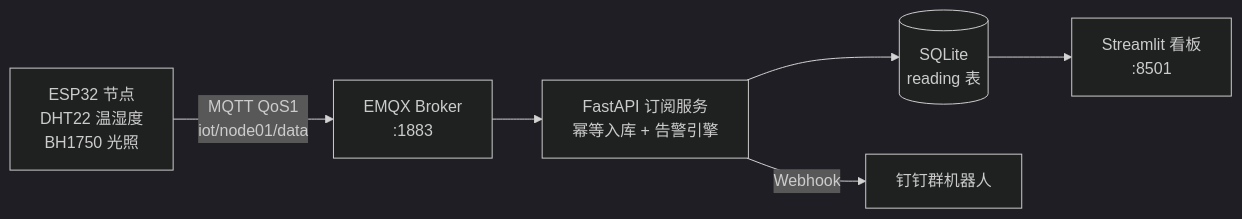
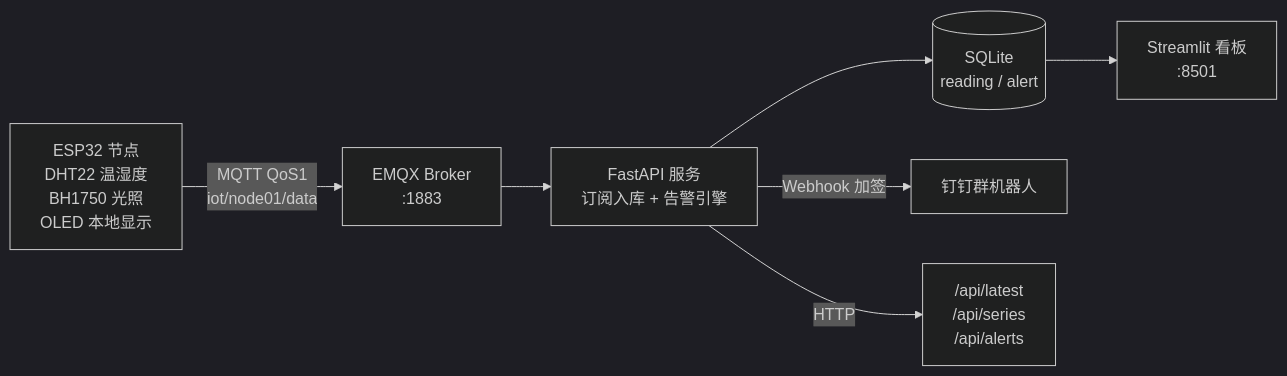
Before and after one commit to wanghongfei-A/env-monitor: the diagram in README.md, drawn with Mermaid (dark theme). The commit also changed other lines of this file, not shown here.

````diff
--- a/README.md
+++ b/README.md
@@ -13,8 +28,9 @@
 ```mermaid
 flowchart LR
-    N["ESP32 节点<br/>DHT22 温湿度<br/>BH1750 光照"] -->|"MQTT QoS1<br/>iot/node01/data"| B["EMQX Broker<br/>:1883"]
-    B --> S["FastAPI 订阅服务<br/>幂等入库 + 告警引擎"]
-    S --> D[("SQLite<br/>reading 表")]
+    N["ESP32 节点<br/>DHT22 温湿度<br/>BH1750 光照<br/>OLED 本地显示"] -->|"MQTT QoS1<br/>iot/node01/data"| B["EMQX Broker<br/>:1883"]
+    B --> S["FastAPI 服务<br/>订阅入库 + 告警引擎"]
+    S --> D[("SQLite<br/>reading / alert")]
     D --> W["Streamlit 看板<br/>:8501"]
-    S -->|"Webhook"| A["钉钉群机器人"]
+    S -->|"Webhook 加签"| A["钉钉群机器人"]
+    S -->|"HTTP"| API["/api/latest<br/>/api/series<br/>/api/alerts"]
 ```
````
